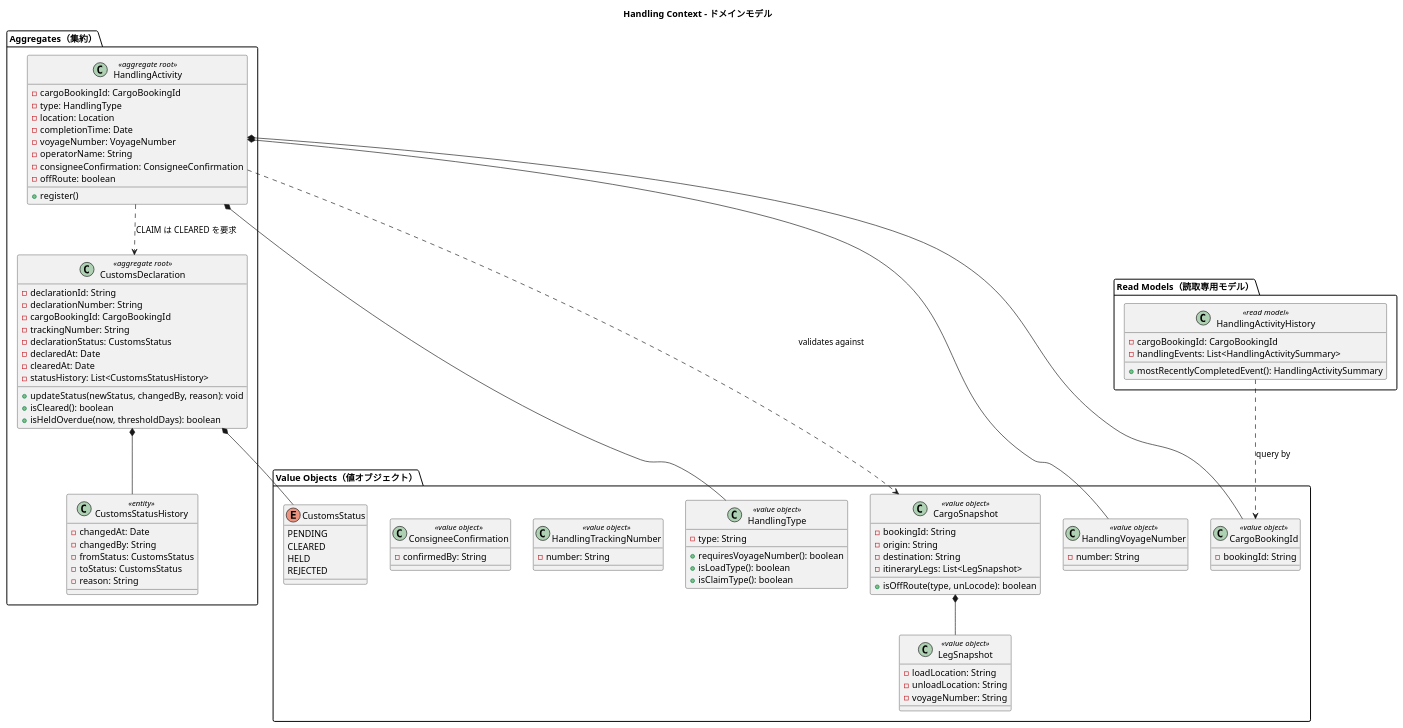
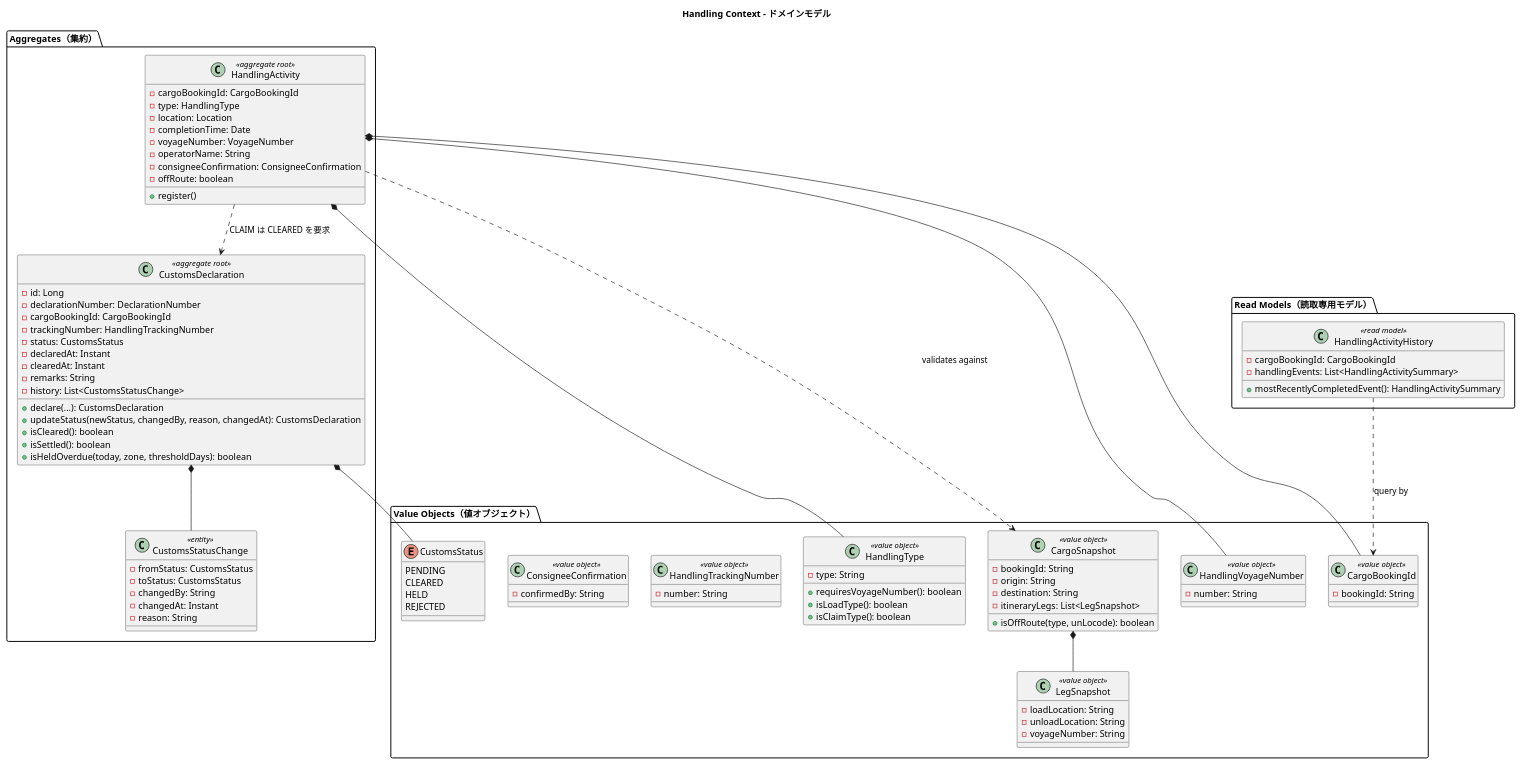
The seventh of 10 diagrams in docs/design/domain-model.md (k2works/case-study-cargo-tracker), drawn with PlantUML before and after one commit. The commit also changed other lines of this file and 17 other files, not shown here.

First line of the commit message:
feat(customs): CustomsDeclaration 集約と永続化を置く

```diff
--- a/docs/design/domain-model.md
+++ b/docs/design/domain-model.md
@@ -1054,23 +1054,26 @@
     +register()
   }
   class CustomsDeclaration <<aggregate root>> {
-    -declarationId: String
-    -declarationNumber: String
+    -id: Long
+    -declarationNumber: DeclarationNumber
     -cargoBookingId: CargoBookingId
-    -trackingNumber: String
-    -declarationStatus: CustomsStatus
-    -declaredAt: Date
-    -clearedAt: Date
-    -statusHistory: List<CustomsStatusHistory>
-    +updateStatus(newStatus, changedBy, reason): void
+    -trackingNumber: HandlingTrackingNumber
+    -status: CustomsStatus
+    -declaredAt: Instant
+    -clearedAt: Instant
+    -remarks: String
+    -history: List<CustomsStatusChange>
+    +declare(...): CustomsDeclaration
+    +updateStatus(newStatus, changedBy, reason, changedAt): CustomsDeclaration
     +isCleared(): boolean
-    +isHeldOverdue(now, thresholdDays): boolean
+    +isSettled(): boolean
+    +isHeldOverdue(today, zone, thresholdDays): boolean
   }
-  class CustomsStatusHistory <<entity>> {
-    -changedAt: Date
-    -changedBy: String
+  class CustomsStatusChange <<entity>> {
     -fromStatus: CustomsStatus
     -toStatus: CustomsStatus
+    -changedBy: String
+    -changedAt: Instant
     -reason: String
   }
 }
@@ -1129,7 +1132,7 @@
 HandlingActivity ..> CustomsDeclaration : CLAIM は CLEARED を要求
 CargoSnapshot *-- LegSnapshot
 CustomsDeclaration *-- CustomsStatus
-CustomsDeclaration *-- CustomsStatusHistory
+CustomsDeclaration *-- CustomsStatusChange
 HandlingActivityHistory ..> CargoBookingId : query by
 
 @enduml
```
